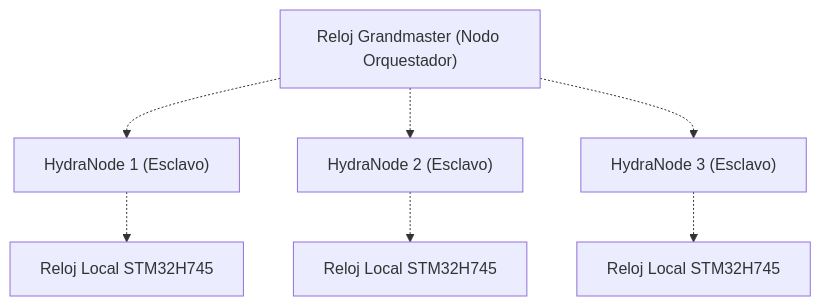
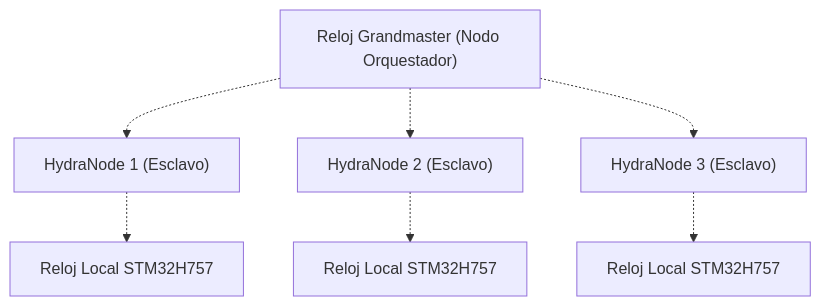
Before and after one commit to JuanenRac/HYDRA-UMC-SWARM-SYNC: the diagram in README_spa.md, drawn with Mermaid. The commit also changed other lines of this file and 7 other files, not shown here.

````diff
--- a/README_spa.md
+++ b/README_spa.md
@@ -95,9 +95,9 @@
 ```mermaid
 flowchart TD
     GM["Reloj Grandmaster (Nodo Orquestador)"] -.-> S1["HydraNode 1 (Esclavo)"]
     GM -.-> S2["HydraNode 2 (Esclavo)"]
     GM -.-> S3["HydraNode 3 (Esclavo)"]
-    S1 -.-> H745_1["Reloj Local STM32H745"]
-    S2 -.-> H745_2["Reloj Local STM32H745"]
-    S3 -.-> H745_3["Reloj Local STM32H745"]
+    S1 -.-> H745_1["Reloj Local STM32H757"]
+    S2 -.-> H745_2["Reloj Local STM32H757"]
+    S3 -.-> H745_3["Reloj Local STM32H757"]
 ```
````
